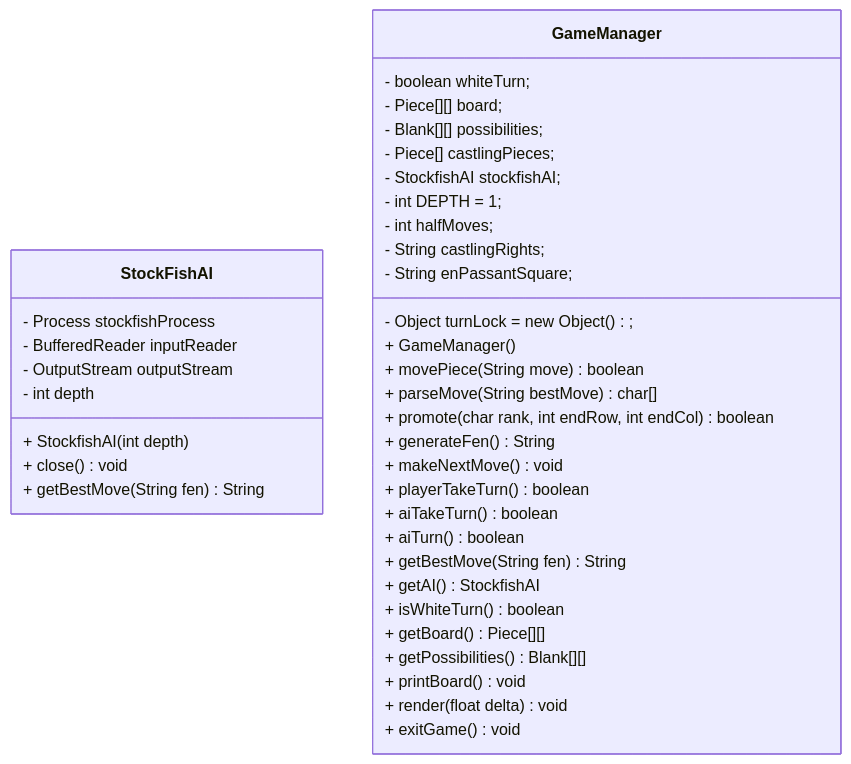
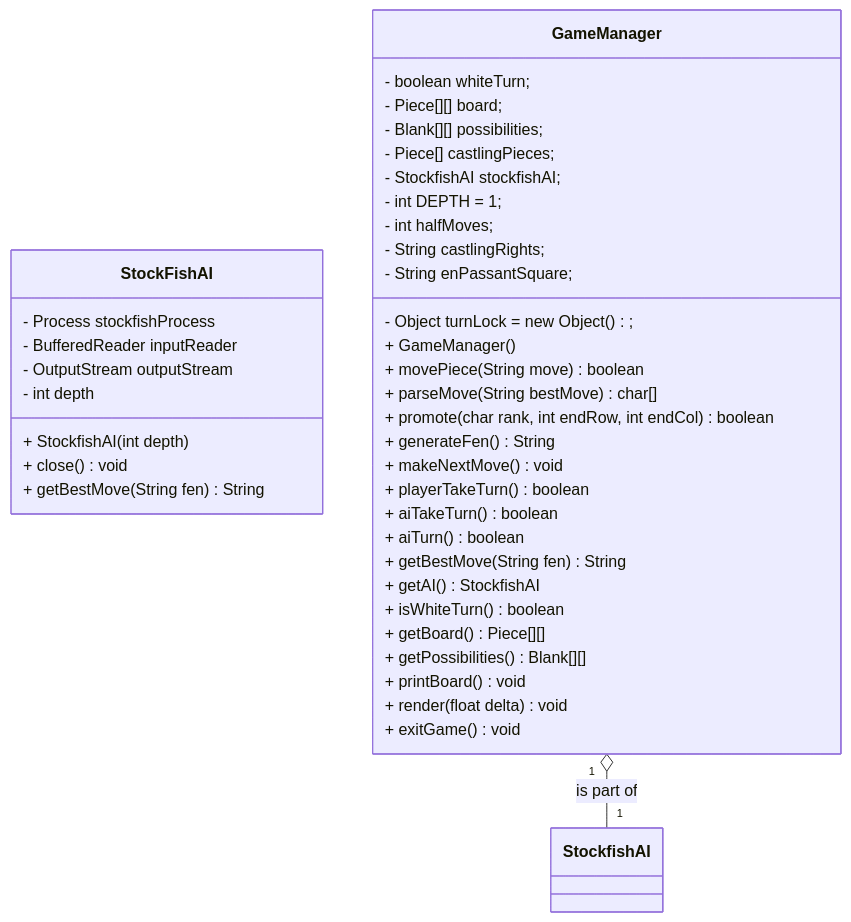
Before and after one commit to cis3296f24/gameroomgdx: the diagram in ClassDiagram.md, drawn with Mermaid.

Commit message:
game manager and stockfish relationship

````diff
--- a/ClassDiagram.md
+++ b/ClassDiagram.md
@@ -3,44 +3,45 @@
 ```mermaid 
 classDiagram
     class StockFishAI{
         - Process stockfishProcess
         - BufferedReader inputReader
         - OutputStream outputStream
         - int depth
         + StockfishAI(int depth)
         + close() void
         + getBestMove(String fen) String
     }
       class GameManager{
        - Object turnLock = new Object();
        - boolean whiteTurn;
        - Piece[][] board;
        - Blank[][] possibilities;
        -  Piece[] castlingPieces;
        - StockfishAI stockfishAI;
        - int DEPTH = 1;
        - int halfMoves;
        - String castlingRights;
        - String enPassantSquare;
        + GameManager()
        + movePiece(String move) boolean
        + parseMove(String bestMove) char[]
        + promote(char rank, int endRow, int endCol) boolean
        + generateFen() String
        + makeNextMove() void
        + playerTakeTurn() boolean
        + aiTakeTurn() boolean
        + aiTurn() boolean
        + getBestMove(String fen) String
        + getAI() StockfishAI
        + isWhiteTurn() boolean
        + getBoard() Piece[][]
        + getPossibilities() Blank[][]
        + printBoard() void
        + render(float delta) void
        + exitGame() void
    
    }
+    GameManager "1" o-- "1" StockfishAI : is part of
 
 
 ```
````
